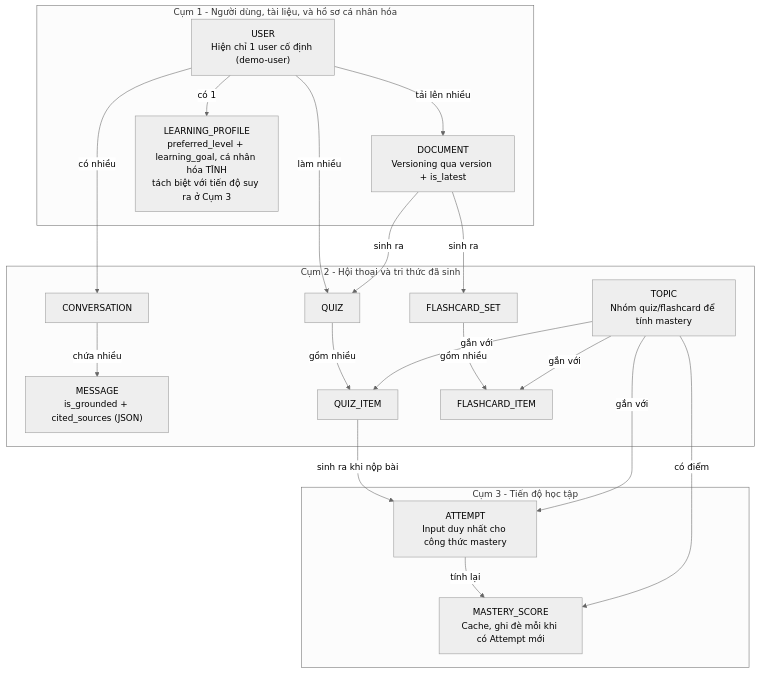
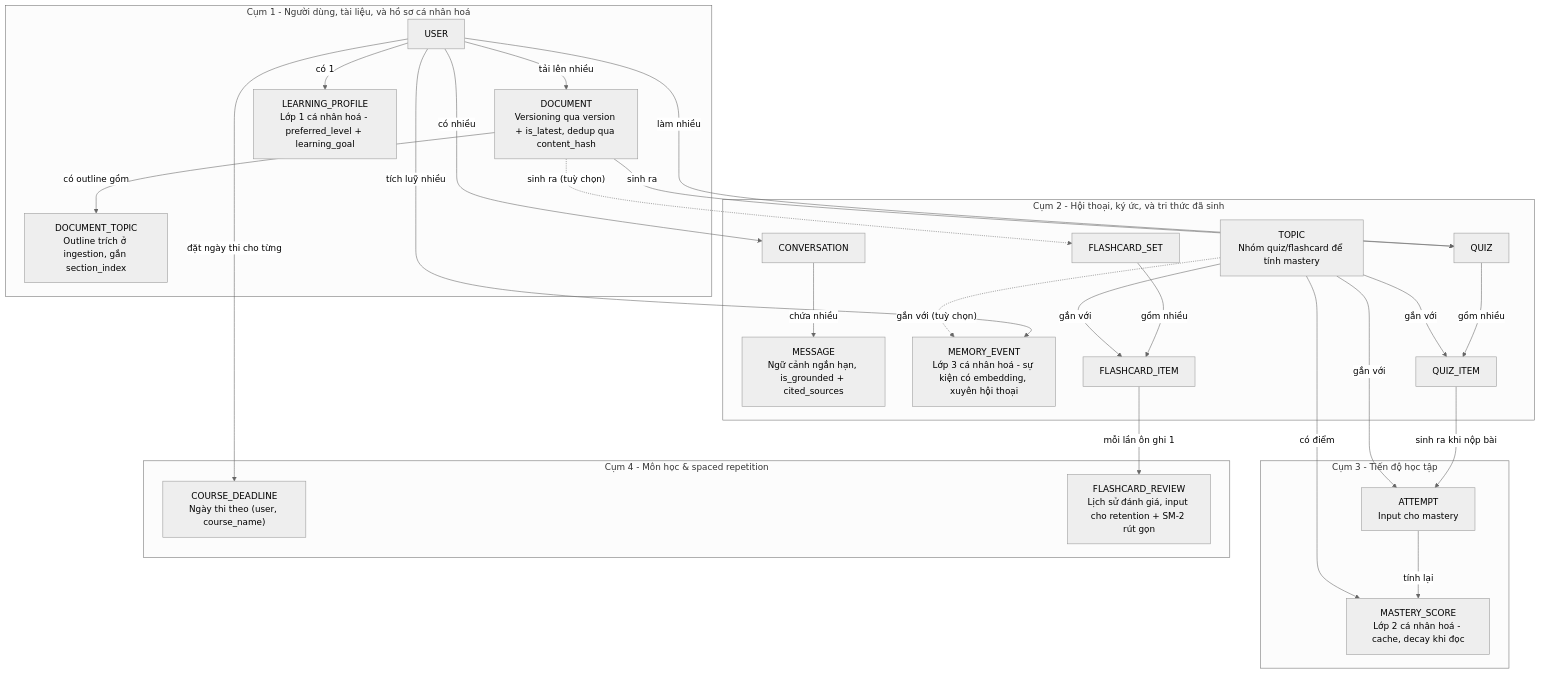
One commit to Thaihoangbach/LearningAssistant changed the ninth of 12 diagrams in docs/architecture-diagrams.md. Above: the diagram before and after it, drawn with Mermaid (neutral theme). The commit also changed other lines of this file and 25 other files, not shown here.

First line of the commit message:
fix: sua has_unresolved_reference qua tay, cai thien outline heading, cap nhat eval len v1

````diff
--- a/docs/architecture-diagrams.md
+++ b/docs/architecture-diagrams.md
@@ -516,39 +645,51 @@
 ```mermaid
 flowchart TB
-    subgraph cum1["Cụm 1 - Người dùng, tài liệu, và hồ sơ cá nhân hóa"]
-        USER["USER<br/>Hiện chỉ 1 user cố định (demo-user)"]
-        DOCUMENT["DOCUMENT<br/>Versioning qua version + is_latest"]
-        PROFILE["LEARNING_PROFILE<br/>preferred_level + learning_goal, cá nhân hóa TĨNH<br/>tách biệt với tiến độ suy ra ở Cụm 3"]
+    subgraph cum1["Cụm 1 - Người dùng, tài liệu, và hồ sơ cá nhân hoá"]
+        USER["USER"]
+        DOCUMENT["DOCUMENT<br/>Versioning qua version + is_latest, dedup qua content_hash"]
+        DOCTOPIC["DOCUMENT_TOPIC<br/>Outline trích ở ingestion, gắn section_index"]
+        PROFILE["LEARNING_PROFILE<br/>Lớp 1 cá nhân hoá - preferred_level + learning_goal"]
     end
 
-    subgraph cum2["Cụm 2 - Hội thoại và tri thức đã sinh"]
+    subgraph cum2["Cụm 2 - Hội thoại, ký ức, và tri thức đã sinh"]
         CONV["CONVERSATION"]
-        MSG["MESSAGE<br/>is_grounded + cited_sources (JSON)"]
+        MSG["MESSAGE<br/>Ngữ cảnh ngắn hạn, is_grounded + cited_sources"]
+        MEMEVENT["MEMORY_EVENT<br/>Lớp 3 cá nhân hoá - sự kiện có embedding, xuyên hội thoại"]
         TOPIC["TOPIC<br/>Nhóm quiz/flashcard để tính mastery"]
         QUIZ["QUIZ"]
         QUIZITEM["QUIZ_ITEM"]
         FCSET["FLASHCARD_SET"]
         FCITEM["FLASHCARD_ITEM"]
     end
 
     subgraph cum3["Cụm 3 - Tiến độ học tập"]
-        ATTEMPT["ATTEMPT<br/>Input duy nhất cho công thức mastery"]
-        MASTERY["MASTERY_SCORE<br/>Cache, ghi đè mỗi khi có Attempt mới"]
+        ATTEMPT["ATTEMPT<br/>Input cho mastery"]
+        MASTERY["MASTERY_SCORE<br/>Lớp 2 cá nhân hoá - cache, decay khi đọc"]
+    end
+
+    subgraph cum4["Cụm 4 - Môn học & spaced repetition"]
+        COURSEDL["COURSE_DEADLINE<br/>Ngày thi theo (user, course_name)"]
+        FCREVIEW["FLASHCARD_REVIEW<br/>Lịch sử đánh giá, input cho retention + SM-2 rút gọn"]
     end
 
     USER -->|"tải lên nhiều"| DOCUMENT
+    DOCUMENT -->|"có outline gồm"| DOCTOPIC
     USER -->|"có 1"| PROFILE
     USER -->|"có nhiều"| CONV
     CONV -->|"chứa nhiều"| MSG
+    USER -->|"tích luỹ nhiều"| MEMEVENT
+    TOPIC -.->|"gắn với (tuỳ chọn)"| MEMEVENT
     USER -->|"làm nhiều"| QUIZ
     DOCUMENT -->|"sinh ra"| QUIZ
     QUIZ -->|"gồm nhiều"| QUIZITEM
     TOPIC -->|"gắn với"| QUIZITEM
-    DOCUMENT -->|"sinh ra"| FCSET
+    DOCUMENT -.->|"sinh ra (tuỳ chọn)"| FCSET
     FCSET -->|"gồm nhiều"| FCITEM
     TOPIC -->|"gắn với"| FCITEM
     QUIZITEM -->|"sinh ra khi nộp bài"| ATTEMPT
     TOPIC -->|"gắn với"| ATTEMPT
     ATTEMPT -->|"tính lại"| MASTERY
     TOPIC -->|"có điểm"| MASTERY
+    FCITEM -->|"mỗi lần ôn ghi 1"| FCREVIEW
+    USER -->|"đặt ngày thi cho từng"| COURSEDL
 ```
````
